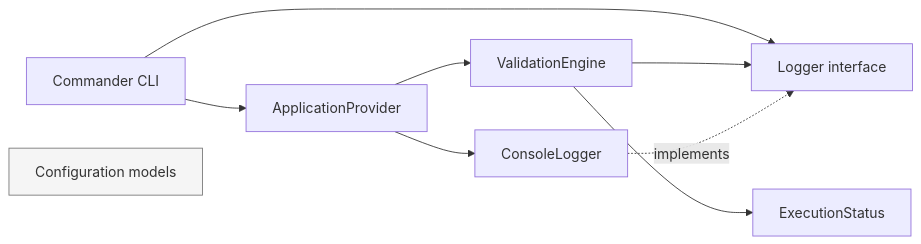
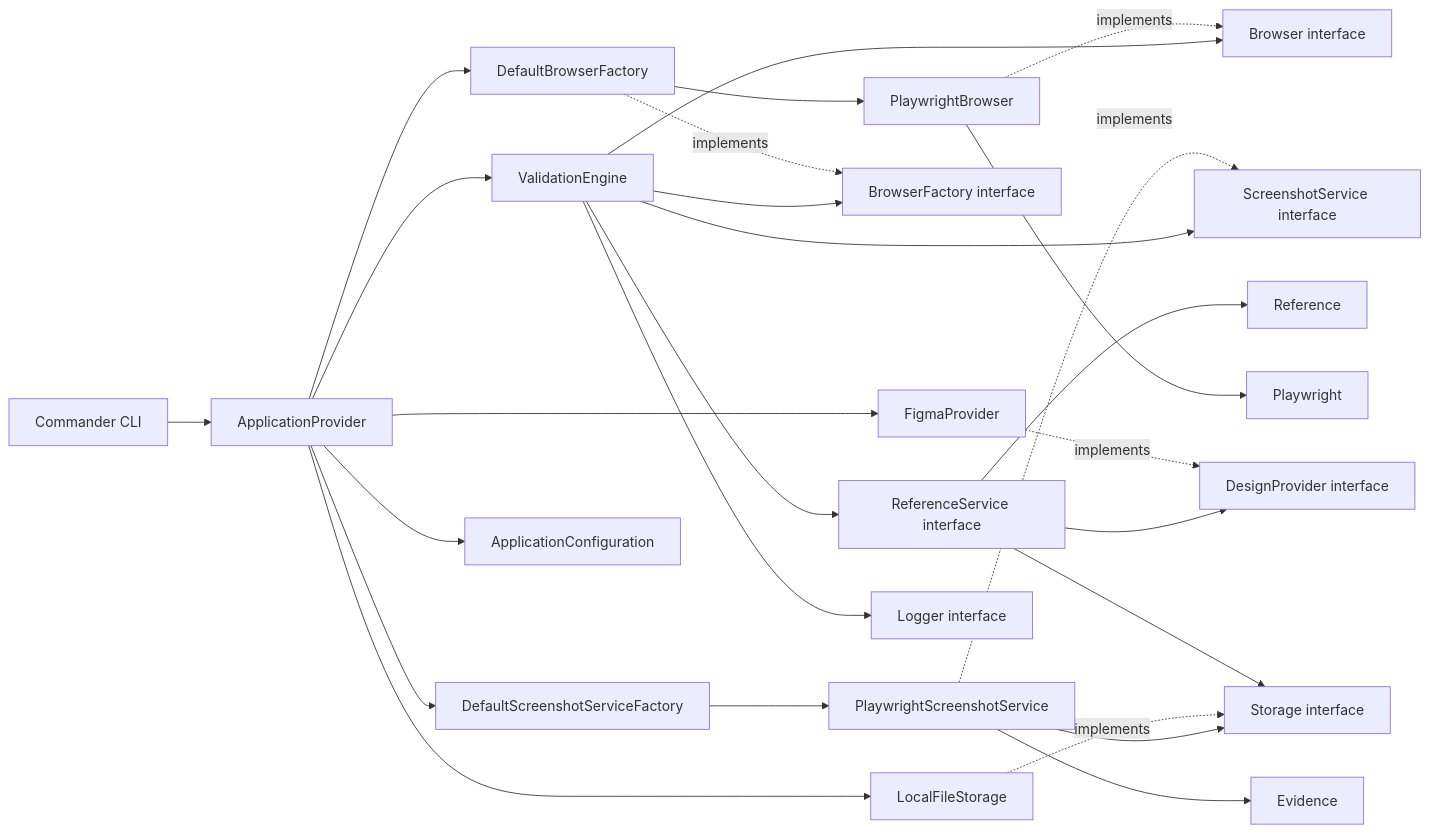
One commit to pedro95nunes/QA-Visual-Validation-Tool changed the diagram in README.md. Above: the diagram before and after it, drawn with Mermaid. The commit also changed other lines of this file and 49 other files, not shown here.

Commit message:
feat: add browser evidence and Figma reference providers

````diff
--- a/README.md
+++ b/README.md
@@ -17,12 +17,28 @@
 ```mermaid
 flowchart LR
     CLI[Commander CLI] --> Provider[ApplicationProvider]
-    CLI --> Logger[Logger interface]
     Provider --> Engine[ValidationEngine]
-    Provider --> ConsoleLogger[ConsoleLogger]
-    Engine --> Logger
-    ConsoleLogger -. implements .-> Logger
-    Engine --> Status[ExecutionStatus]
-    Config[Configuration models]:::future
-    classDef future fill:#f5f5f5,stroke:#777,color:#333
+    Provider --> Factory[DefaultBrowserFactory]
+    Provider --> ScreenshotFactory[DefaultScreenshotServiceFactory]
+    Provider --> Storage[LocalFileStorage]
+    Provider --> Figma[FigmaProvider]
+    Provider --> Config[ApplicationConfiguration]
+    Engine --> BrowserFactory[BrowserFactory interface]
+    Engine --> Browser[Browser interface]
+    Engine --> ScreenshotService[ScreenshotService interface]
+    Factory -. implements .-> BrowserFactory
+    Factory --> PlaywrightBrowser[PlaywrightBrowser]
+    PlaywrightBrowser -. implements .-> Browser
+    PlaywrightBrowser --> Playwright[Playwright]
+    ScreenshotFactory --> PlaywrightScreenshotService[PlaywrightScreenshotService]
+    PlaywrightScreenshotService -. implements .-> ScreenshotService
+    PlaywrightScreenshotService --> StorageContract[Storage interface]
+    Storage -. implements .-> StorageContract
+    PlaywrightScreenshotService --> Evidence[Evidence]
+    Engine --> ReferenceService[ReferenceService interface]
+    ReferenceService --> DesignProvider[DesignProvider interface]
+    Figma -. implements .-> DesignProvider
+    ReferenceService --> StorageContract
+    ReferenceService --> Reference[Reference]
+    Engine --> Logger[Logger interface]
 ```
````
